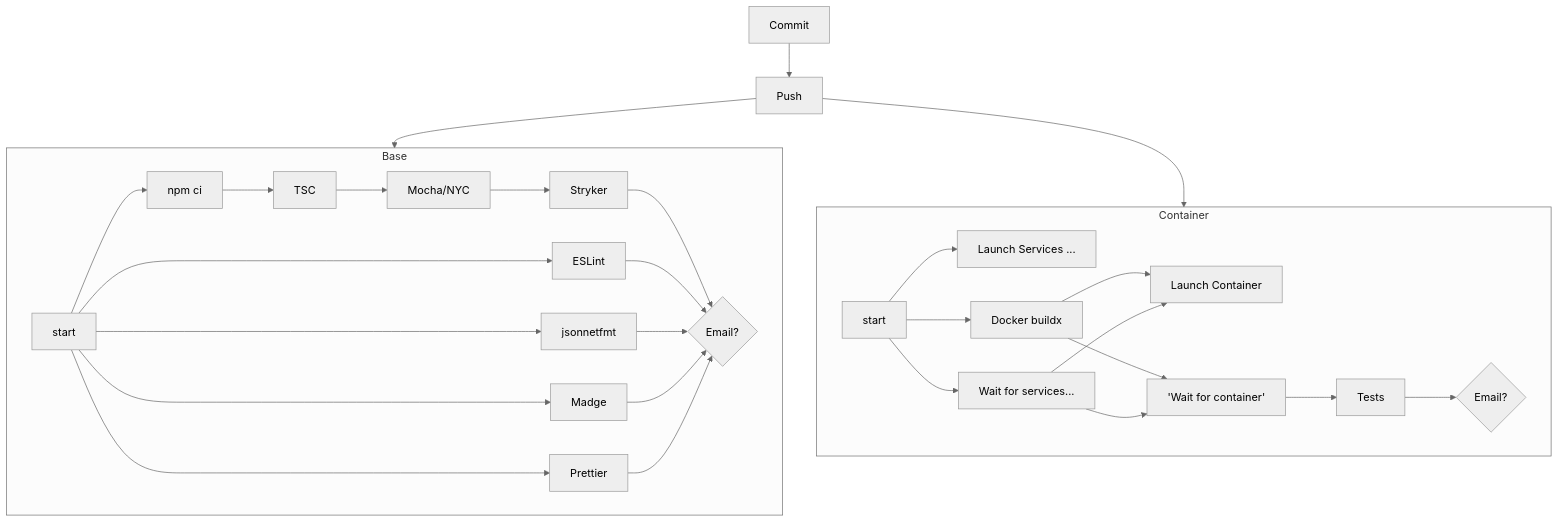
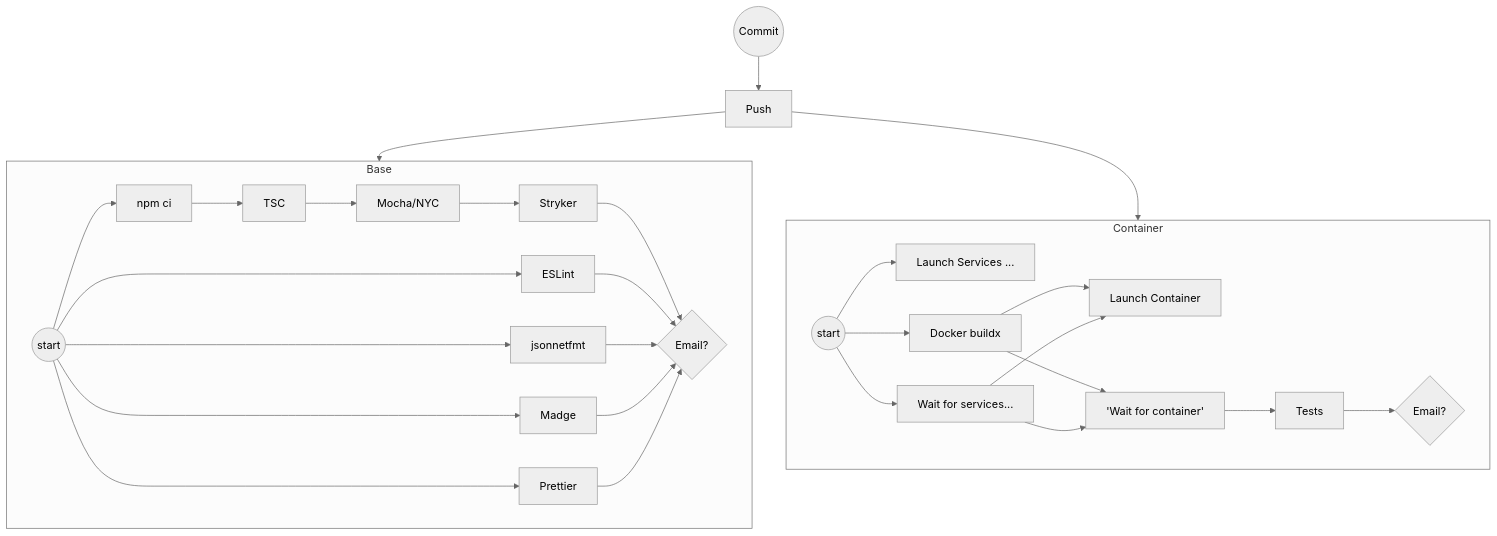
The first of 3 diagrams in talk.md (carboneater/CIngle-Point-of-Failure), drawn with Mermaid (neutral theme) before and after one commit. The commit also changed other lines of this file, not shown here.

````diff
--- a/talk.md
+++ b/talk.md
@@ -31,38 +31,38 @@
 ```mermaid
 flowchart TD
 
-Commit --> Push
+GC((Commit)) --> Push
 
 subgraph B[Base]
-    A[start] --> CI[npm ci]
+    A((start)) --> CI[npm ci]
     A --> E[ESLint]
     A --> J[jsonnetfmt]
     A --> Madge
     A --> Prettier
     CI --> T[TSC]
     T --> M[Mocha/NYC]
     M --> S[Stryker]
 
     S --> em{Email?}
     E --> em
     J --> em
     Madge --> em
     Prettier --> em
 end
 
 subgraph C[Container]
     C1 --> launch[Launch Services ...]
-    C1[start] --> C2[Docker buildx]
+    C1((start)) --> C2[Docker buildx]
     C1 --> C1b[Wait for services...]
     C2 --> C2a["Launch Container"]
     C1b --> C2a
     C2 --> C3['Wait for container']
     C1b --> C3
     C3 --> C4[Tests]
     C4 --> C5{Email?}
 end
 
 Push --> B
 Push --> C
 
 ```
````
